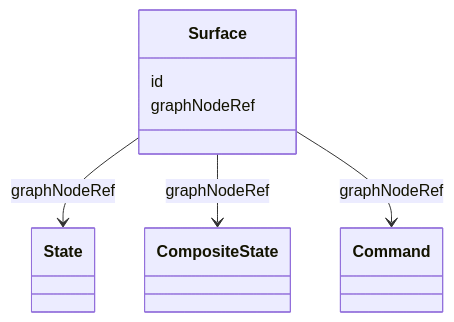
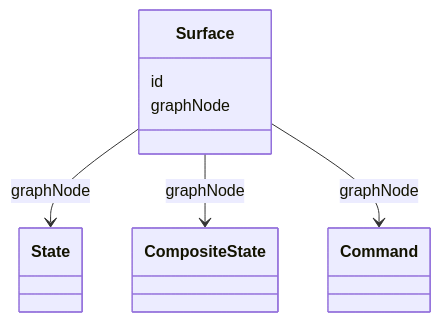
One commit to openuji/spec-ujg changed the fourth of 5 diagrams in specs/ed/surface/index.md. Above: the diagram before and after it, drawn with Mermaid. The commit also changed other lines of this file and 370 other files, not shown here.

````diff
--- a/specs/ed/surface/index.md
+++ b/specs/ed/surface/index.md
@@ -167,13 +147,13 @@
 ```mermaid
 classDiagram
   class State
   class CompositeState
   class Command
   class Surface {
     id
-    graphNodeRef
+    graphNode
   }
-  Surface --> State : graphNodeRef
-  Surface --> CompositeState : graphNodeRef
-  Surface --> Command : graphNodeRef
+  Surface --> State : graphNode
+  Surface --> CompositeState : graphNode
+  Surface --> Command : graphNode
 ```
````
